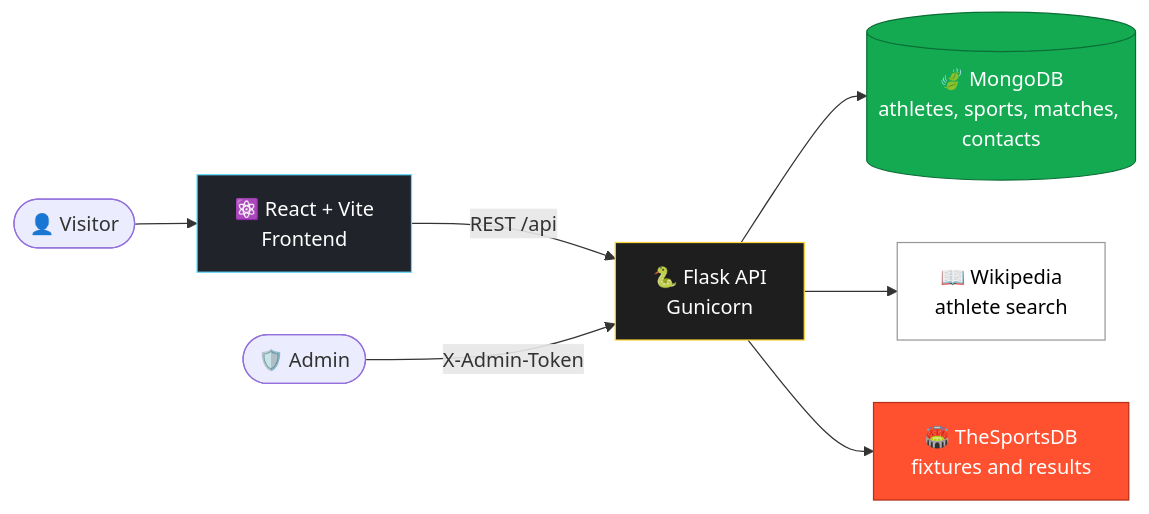
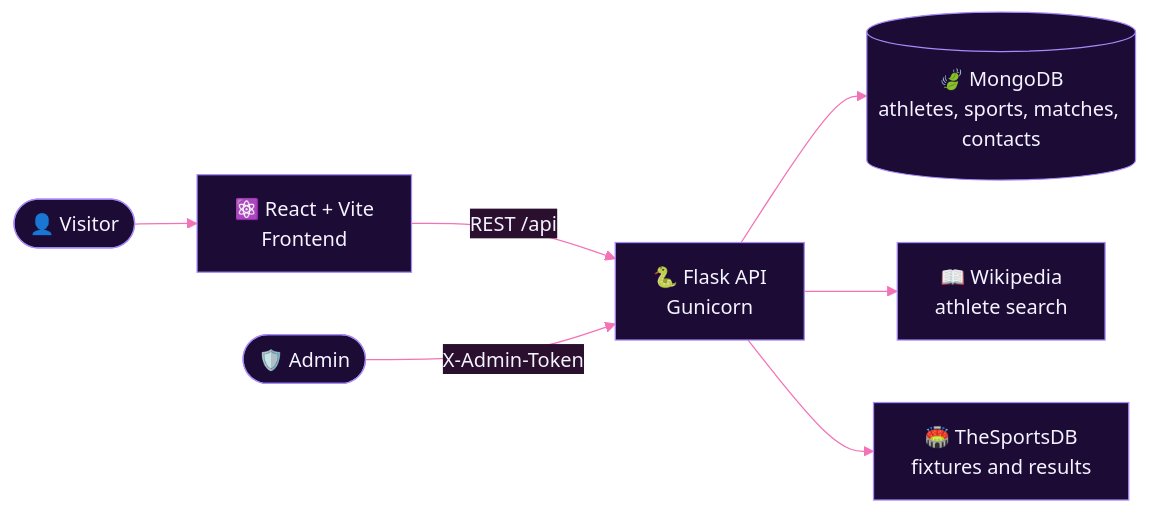
One commit to Arunava45dev/Indian-sports-portfolio changed the diagram in README.md. Above: the diagram before and after it, drawn with Mermaid. The commit also changed other lines of this file, not shown here.

````diff
--- a/README.md
+++ b/README.md
@@ -126,15 +49,10 @@
 ```mermaid
+%%{init: {'theme':'base','themeVariables':{'primaryColor':'#1B0B35','primaryTextColor':'#F5F3FF','primaryBorderColor':'#A78BFA','lineColor':'#F472B6','secondaryColor':'#2A0F2E','tertiaryColor':'#0B0617'}}}%%
 flowchart LR
     U([👤 Visitor]) --> F[⚛️ React + Vite<br/>Frontend]
     F -->|REST /api| B[🐍 Flask API<br/>Gunicorn]
     B --> D[(🍃 MongoDB<br/>athletes, sports, matches, contacts)]
     B --> W[📖 Wikipedia<br/>athlete search]
     B --> S[🏟️ TheSportsDB<br/>fixtures and results]
     A([🛡️ Admin]) -->|X-Admin-Token| B
-
-    style F fill:#20232a,stroke:#61dafb,color:#fff
-    style B fill:#1e1e1e,stroke:#ffd43b,color:#fff
-    style D fill:#13aa52,stroke:#0b6e35,color:#fff
-    style W fill:#fff,stroke:#999,color:#000
-    style S fill:#ff512f,stroke:#b53015,color:#fff
 ```
````
